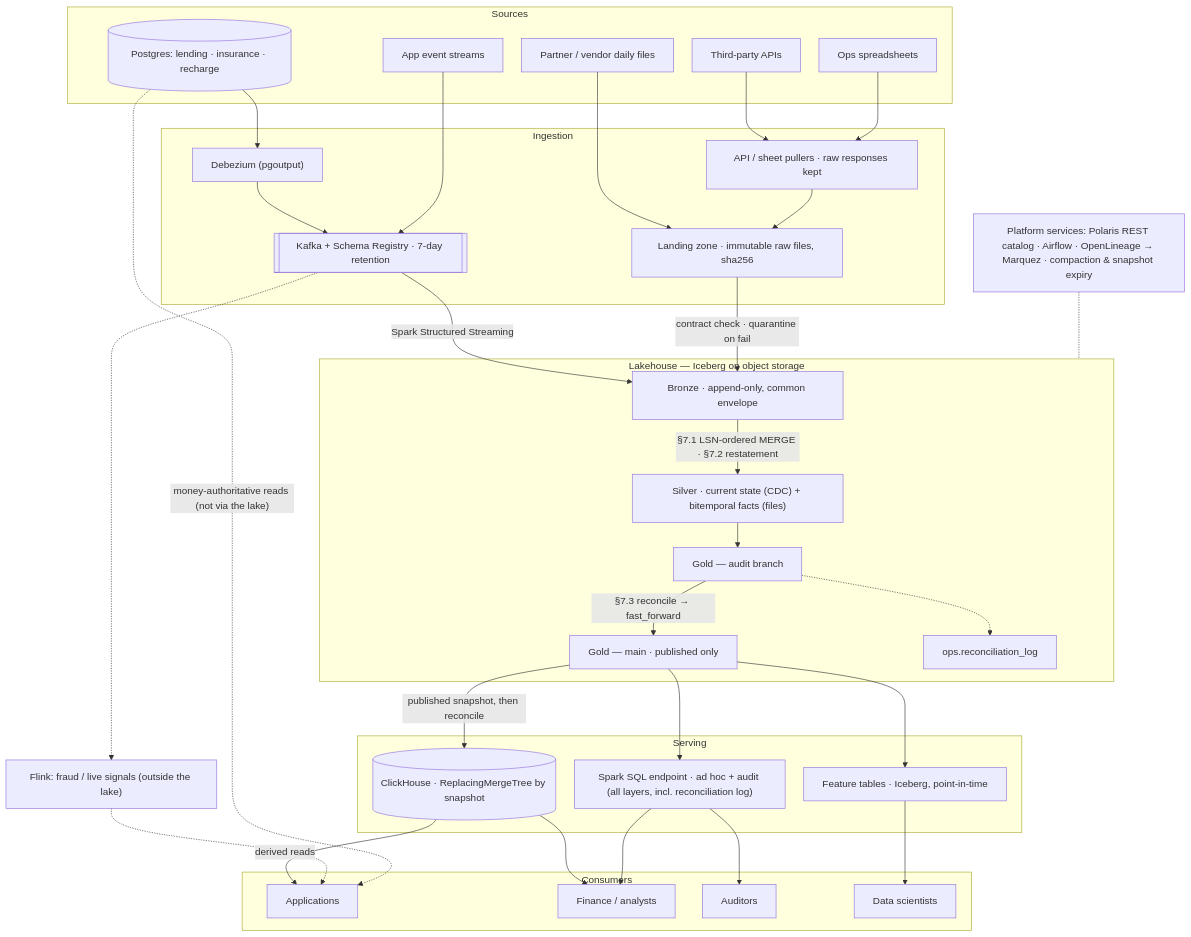
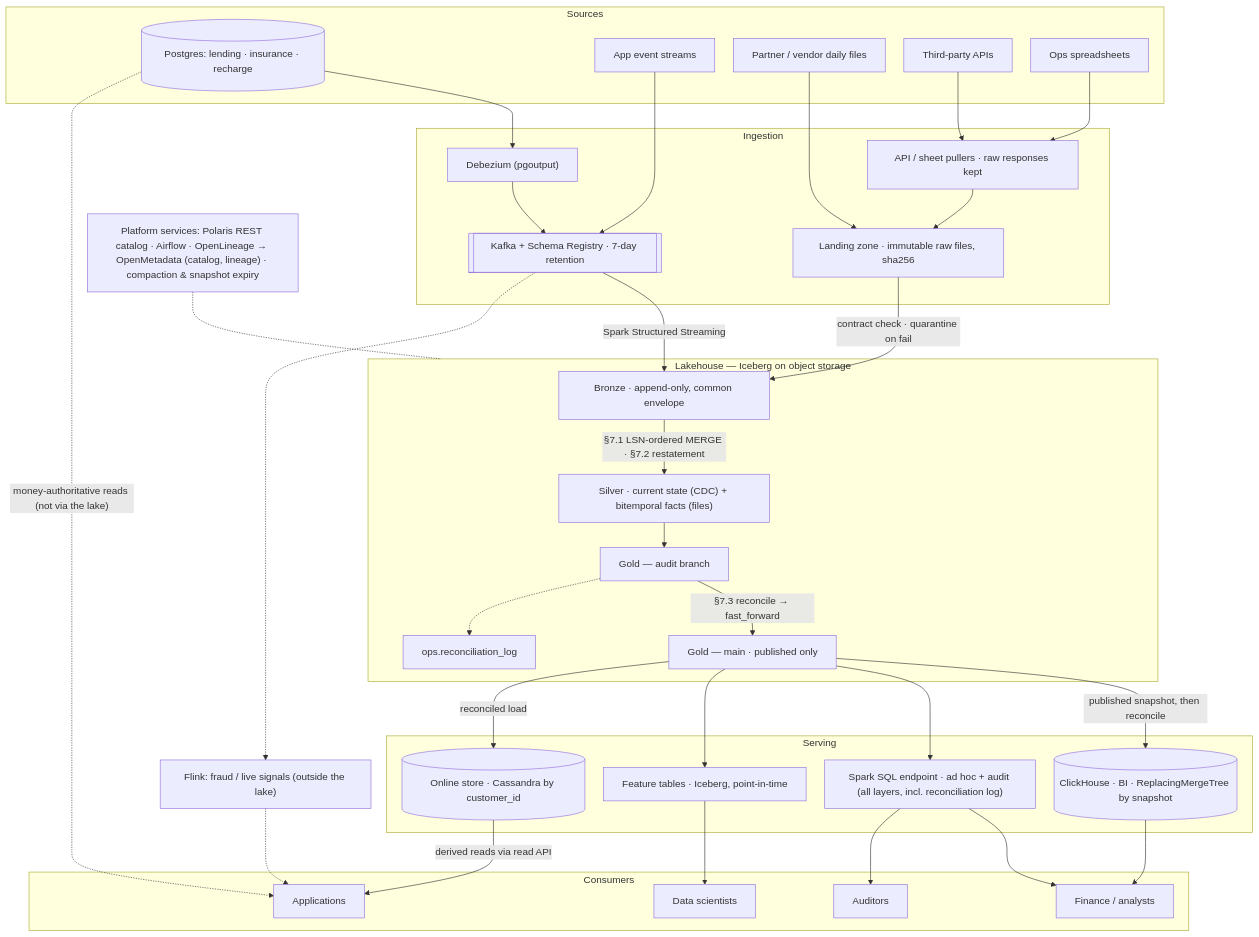
One commit to dataguykapil/consumer-biz-data-platform changed the diagram in docs/design.md. Above: the diagram before and after it, drawn with Mermaid. The commit also changed other lines of this file and 12 other files, not shown here.

First line of the commit message:
docs: move app reads to an online store; add ADRs for storage, archival, quality, catalog and PII

````diff
--- a/docs/design.md
+++ b/docs/design.md
@@ -40,71 +40,73 @@
 ```mermaid
 %%{init: {"flowchart": {"rankSpacing": 40, "nodeSpacing": 30, "wrappingWidth": 280}}}%%
 flowchart TB
     subgraph SRC["Sources"]
         PG[("Postgres: lending · insurance · recharge")]
         EV["App event streams"]
         PF["Partner / vendor daily files"]
         API["Third-party APIs"]
         SH["Ops spreadsheets"]
     end
 
     subgraph ING["Ingestion"]
         DBZ["Debezium (pgoutput)"]
         K[["Kafka + Schema Registry · 7-day retention"]]
         PULL["API / sheet pullers · raw responses kept"]
         LZ["Landing zone · immutable raw files, sha256"]
     end
 
     FLINK["Flink: fraud / live signals (outside the lake)"]
 
     subgraph LH["Lakehouse — Iceberg on object storage"]
         BR["Bronze · append-only, common envelope"]
         SI["Silver · current state (CDC) + bitemporal facts (files)"]
         GB["Gold — audit branch"]
         GM["Gold — main · published only"]
         RL["ops.reconciliation_log"]
     end
 
-    PLAT["Platform services: Polaris REST catalog · Airflow · OpenLineage → Marquez · compaction &amp; snapshot expiry"]
+    PLAT["Platform services: Polaris REST catalog · Airflow · OpenLineage → OpenMetadata (catalog, lineage) · compaction &amp; snapshot expiry"]
 
     subgraph SRV["Serving"]
-        CH[("ClickHouse · ReplacingMergeTree by snapshot")]
+        CH[("ClickHouse · BI · ReplacingMergeTree by snapshot")]
+        OS[("Online store · Cassandra by customer_id")]
         SQ["Spark SQL endpoint · ad hoc + audit (all layers, incl. reconciliation log)"]
         FT["Feature tables · Iceberg, point-in-time"]
     end
 
     subgraph CON["Consumers"]
         APP["Applications"]
         FIN["Finance / analysts"]
         AUD["Auditors"]
         DS["Data scientists"]
     end
 
     PG --> DBZ --> K
     EV --> K
     PF --> LZ
     API --> PULL
     SH --> PULL
     PULL --> LZ
 
     K -- "Spark Structured Streaming" --> BR
     LZ -- "contract check · quarantine on fail" --> BR
     BR -- "§7.1 LSN-ordered MERGE · §7.2 restatement" --> SI
     SI --> GB
     GB -- "§7.3 reconcile → fast_forward" --> GM
     GB -.-> RL
     PLAT -.- LH
 
     GM -- "published snapshot, then reconcile" --> CH
     GM --> SQ
     GM --> FT
+    GM -- "reconciled load" --> OS
 
-    CH -- "derived reads" --> APP
+    OS -- "derived reads via read API" --> APP
     CH --> FIN
     SQ --> FIN
     SQ --> AUD
     FT --> DS
 
     K -.-> FLINK -.-> APP
     PG -. "money-authoritative reads (not via the lake)" .-> APP
 ```
````
